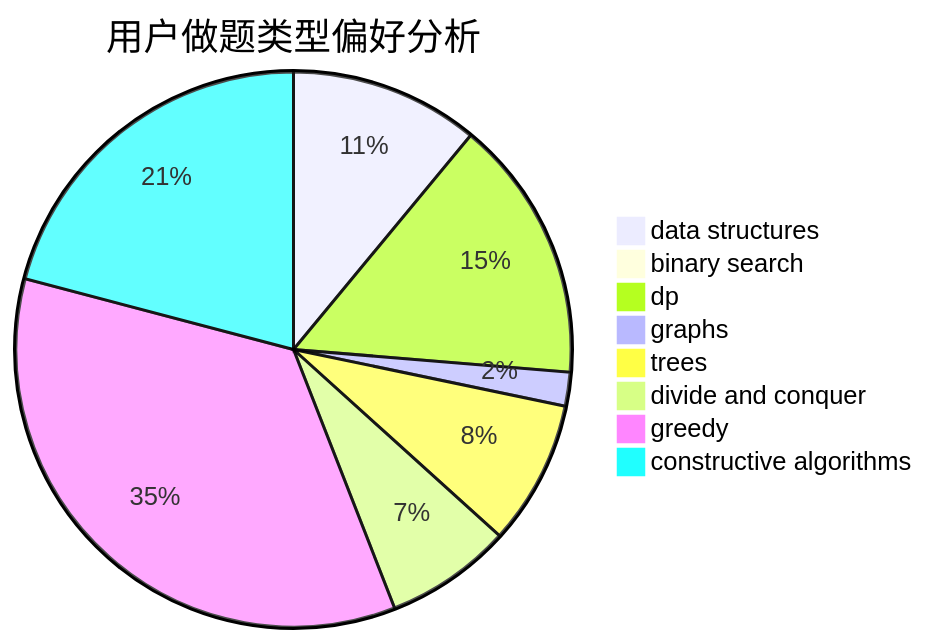
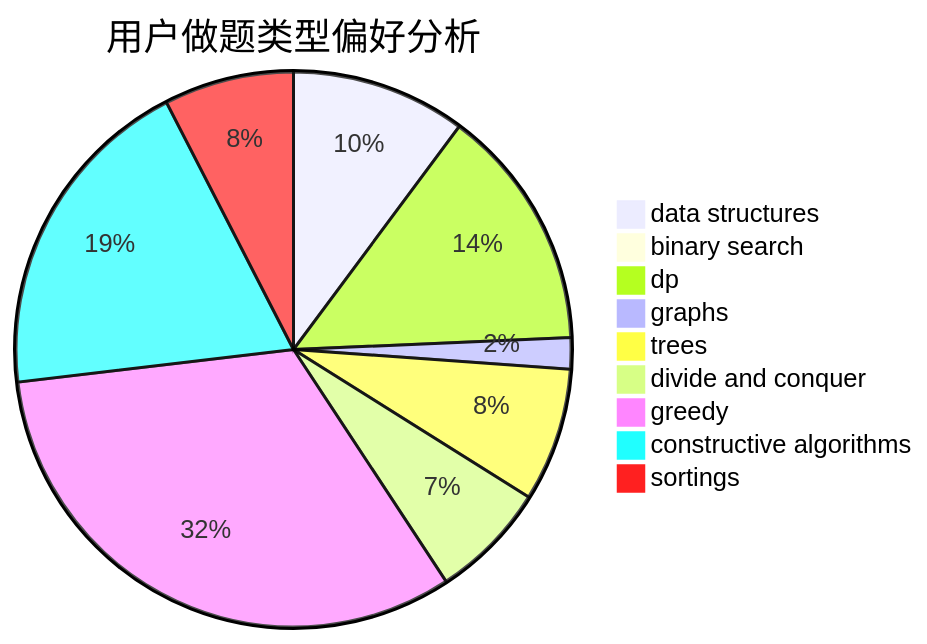
One commit to sherpahu/cfrs.github.io changed the second of 3 diagrams in docs/user/u135.md. Above: the diagram before and after it, drawn with Mermaid. The commit also changed other lines of this file and 2769 other files, not shown here.

````diff
--- a/docs/user/u135.md
+++ b/docs/user/u135.md
@@ -23,11 +18,12 @@
 ```mermaid
 pie title 用户做题类型偏好分析
     "data structures" :  179
     "binary search" :  6
     "dp" :  249
     "graphs" :  32
     "trees" :  137
     "divide and conquer" :  120
     "greedy" :  570
     "constructive algorithms" :  340
+    "sortings" :  133
 ```
````
